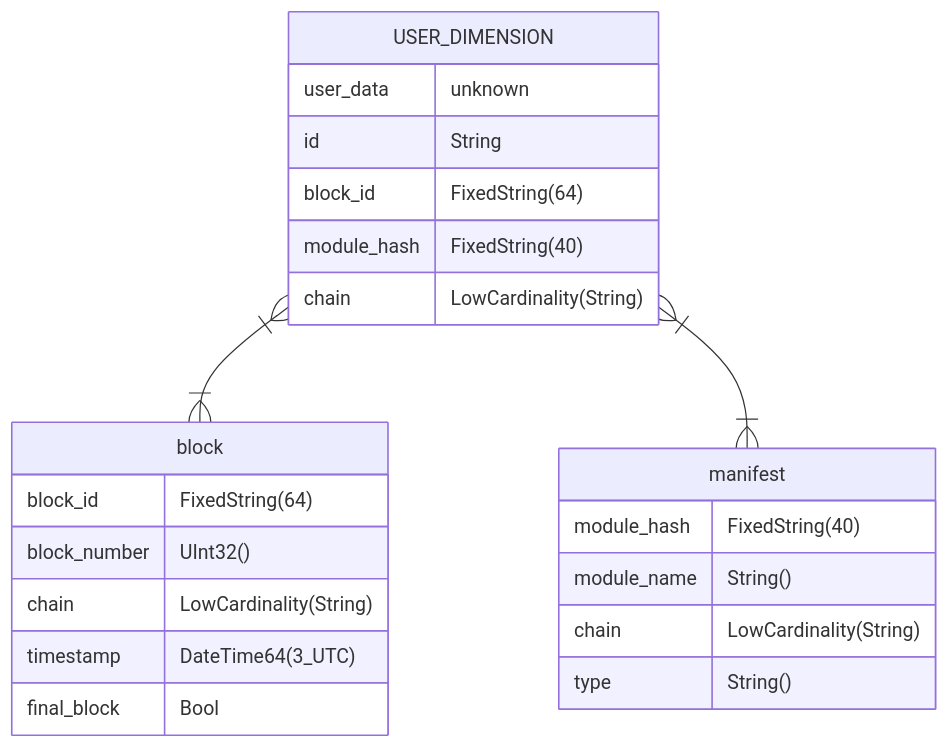
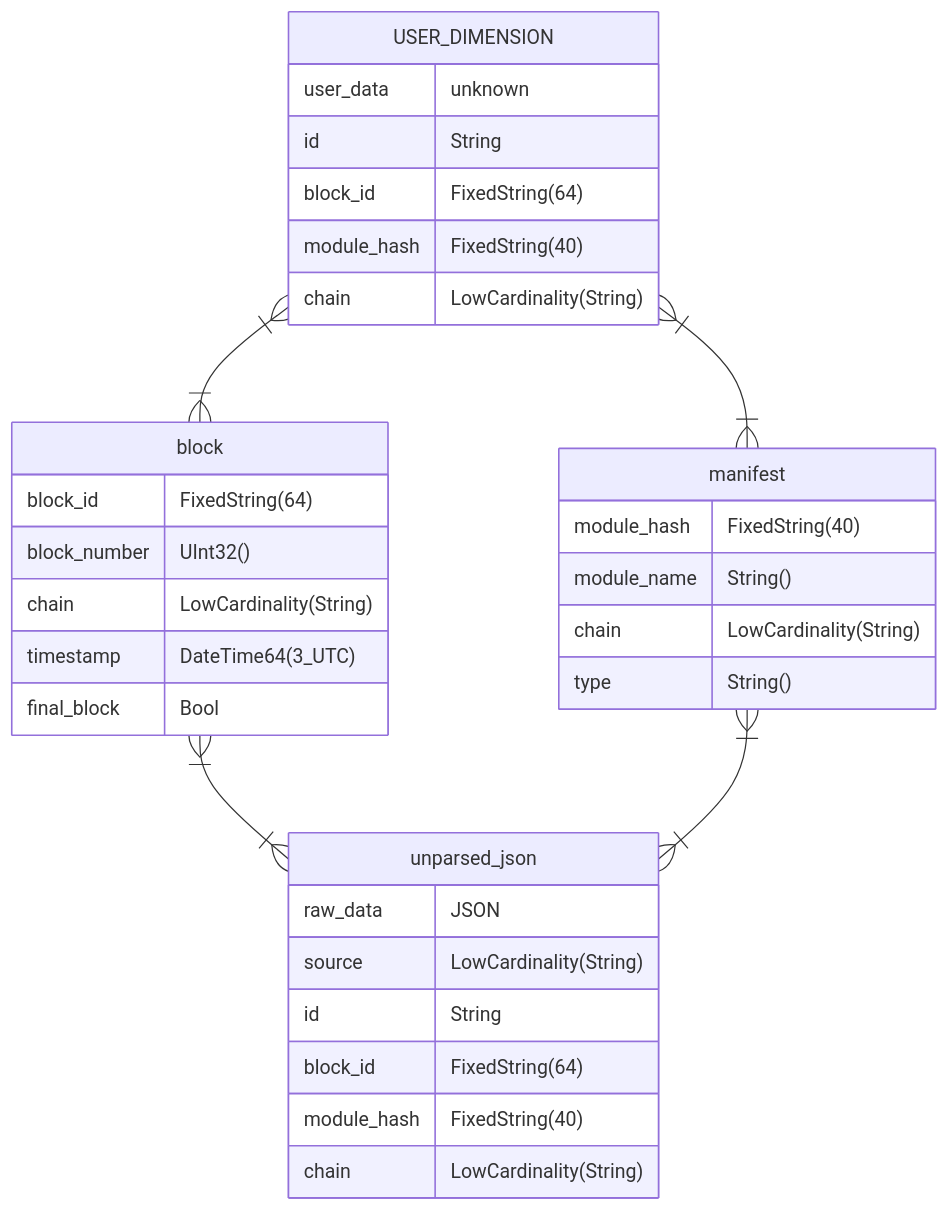
Before and after one commit to pinax-network/substreams-sink-clickhouse: the diagram in README.md, drawn with Mermaid. The commit also changed other lines of this file, not shown here.

````diff
--- a/README.md
+++ b/README.md
@@ -130,28 +132,40 @@
 ```mermaid
 erDiagram
     USER_DIMENSION }|--|{ block : " "
     USER_DIMENSION }|--|{ manifest : " "
 
+    block }|--|{ unparsed_json : " "
+    manifest }|--|{ unparsed_json : " "
+
     USER_DIMENSION {
         user_data unknown
+        id String
+        block_id FixedString(64)
+        module_hash FixedString(40)
+        chain LowCardinality(String)
+    }
+
+    unparsed_json {
+        raw_data JSON
+        source LowCardinality(String)
         id String
         block_id FixedString(64)
         module_hash FixedString(40)
         chain LowCardinality(String)
     }
 
     block {
           block_id FixedString(64)
           block_number UInt32()
           chain LowCardinality(String)
           timestamp DateTime64(3_UTC)
           final_block   Bool
     }
 
     manifest {
         module_hash   FixedString(40)
         module_name   String()
         chain         LowCardinality(String)
         type          String()
     }
 ```
````
